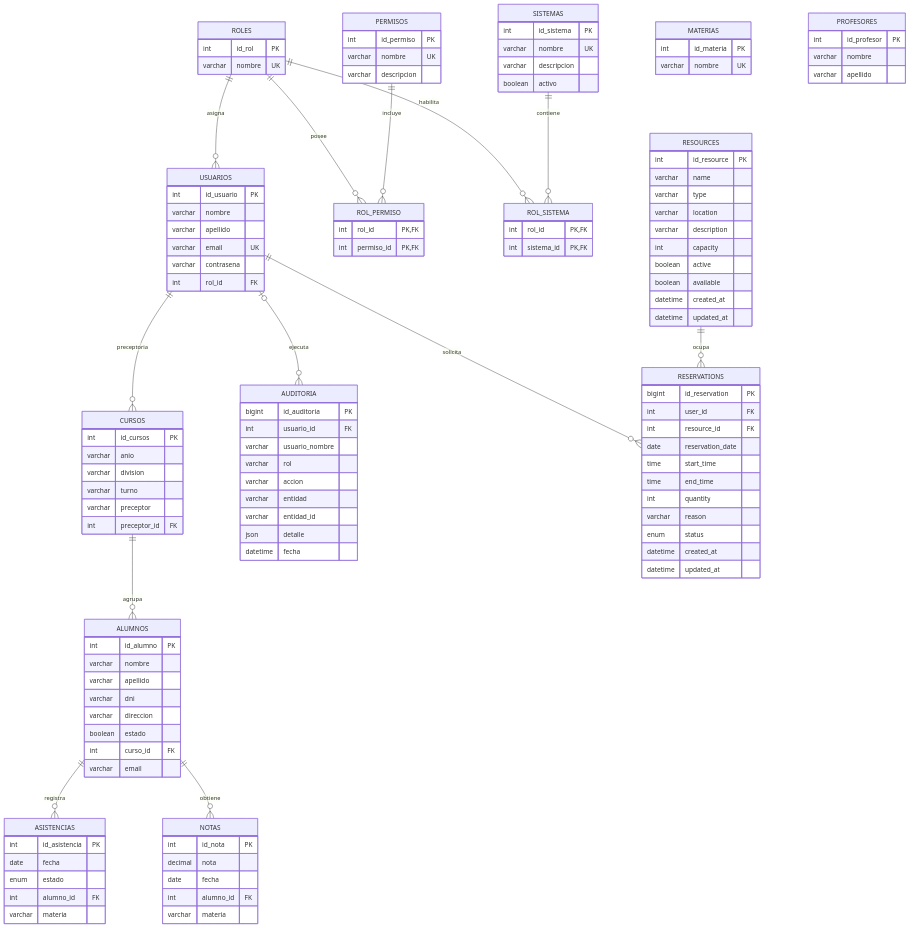
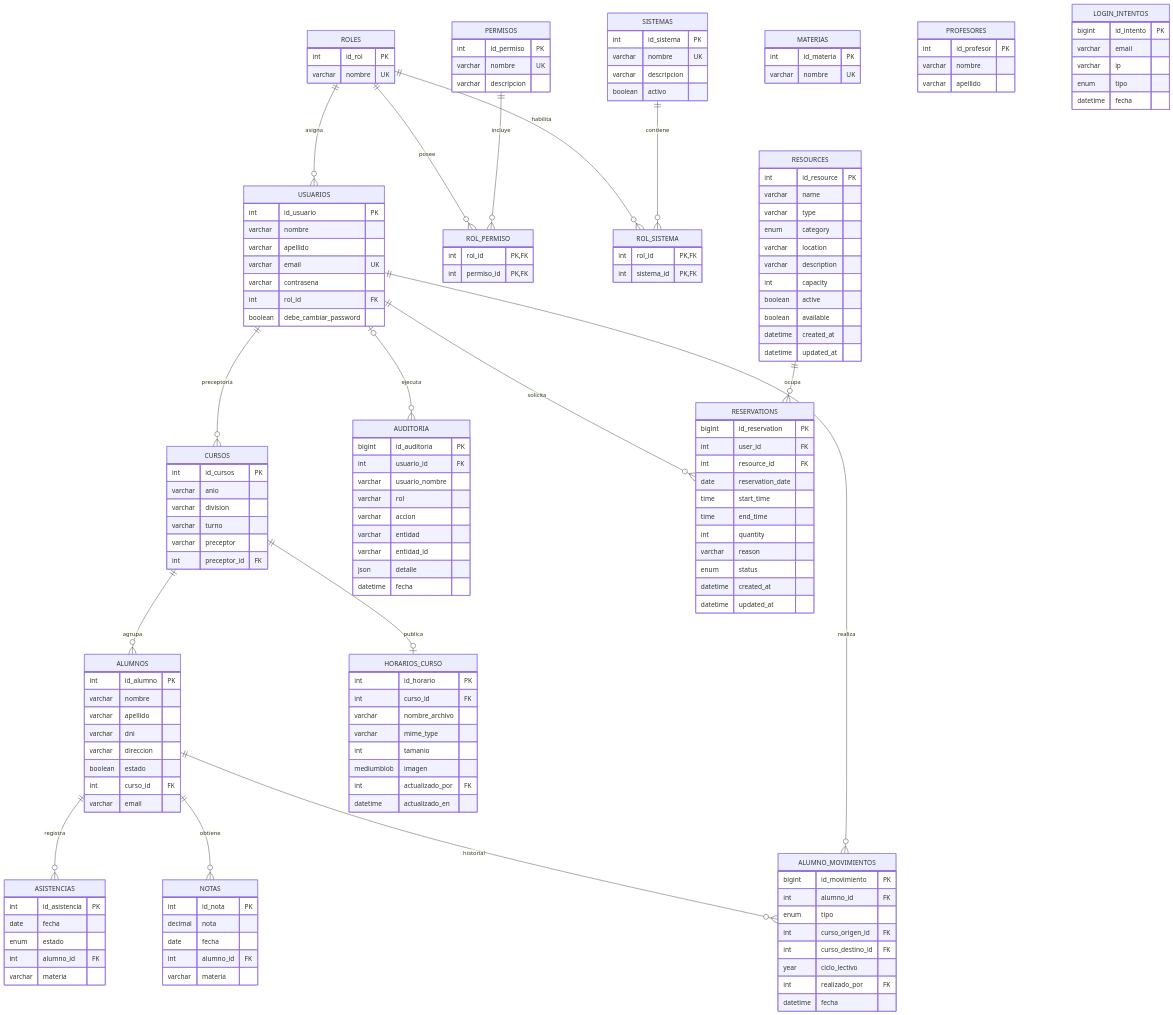
One commit to AgustinTomizzi/Proyecto-SSO changed the diagram in docs/DATABASE.md. Above: the diagram before and after it, drawn with Mermaid. The commit also changed other lines of this file and 13 other files, not shown here.

````diff
--- a/docs/DATABASE.md
+++ b/docs/DATABASE.md
@@ -31,6 +33,9 @@
     USUARIOS o|--o{ AUDITORIA : ejecuta
     USUARIOS ||--o{ RESERVATIONS : solicita
     RESOURCES ||--o{ RESERVATIONS : ocupa
+    CURSOS ||--o| HORARIOS_CURSO : publica
+    ALUMNOS ||--o{ ALUMNO_MOVIMIENTOS : historial
+    USUARIOS ||--o{ ALUMNO_MOVIMIENTOS : realiza
 
     ROLES {
       int id_rol PK
@@ -43,6 +48,7 @@
       varchar email UK
       varchar contrasena
       int rol_id FK
+      boolean debe_cambiar_password
     }
     SISTEMAS {
       int id_sistema PK
@@ -119,6 +125,7 @@
       int id_resource PK
       varchar name
       varchar type
+      enum category
       varchar location
       varchar description
       int capacity
@@ -140,4 +147,31 @@
       datetime created_at
       datetime updated_at
     }
+    HORARIOS_CURSO {
+      int id_horario PK
+      int curso_id FK
+      varchar nombre_archivo
+      varchar mime_type
+      int tamanio
+      mediumblob imagen
+      int actualizado_por FK
+      datetime actualizado_en
+    }
+    ALUMNO_MOVIMIENTOS {
+      bigint id_movimiento PK
+      int alumno_id FK
+      enum tipo
+      int curso_origen_id FK
+      int curso_destino_id FK
+      year ciclo_lectivo
+      int realizado_por FK
+      datetime fecha
+    }
+    LOGIN_INTENTOS {
+      bigint id_intento PK
+      varchar email
+      varchar ip
+      enum tipo
+      datetime fecha
+    }
 ```
````
